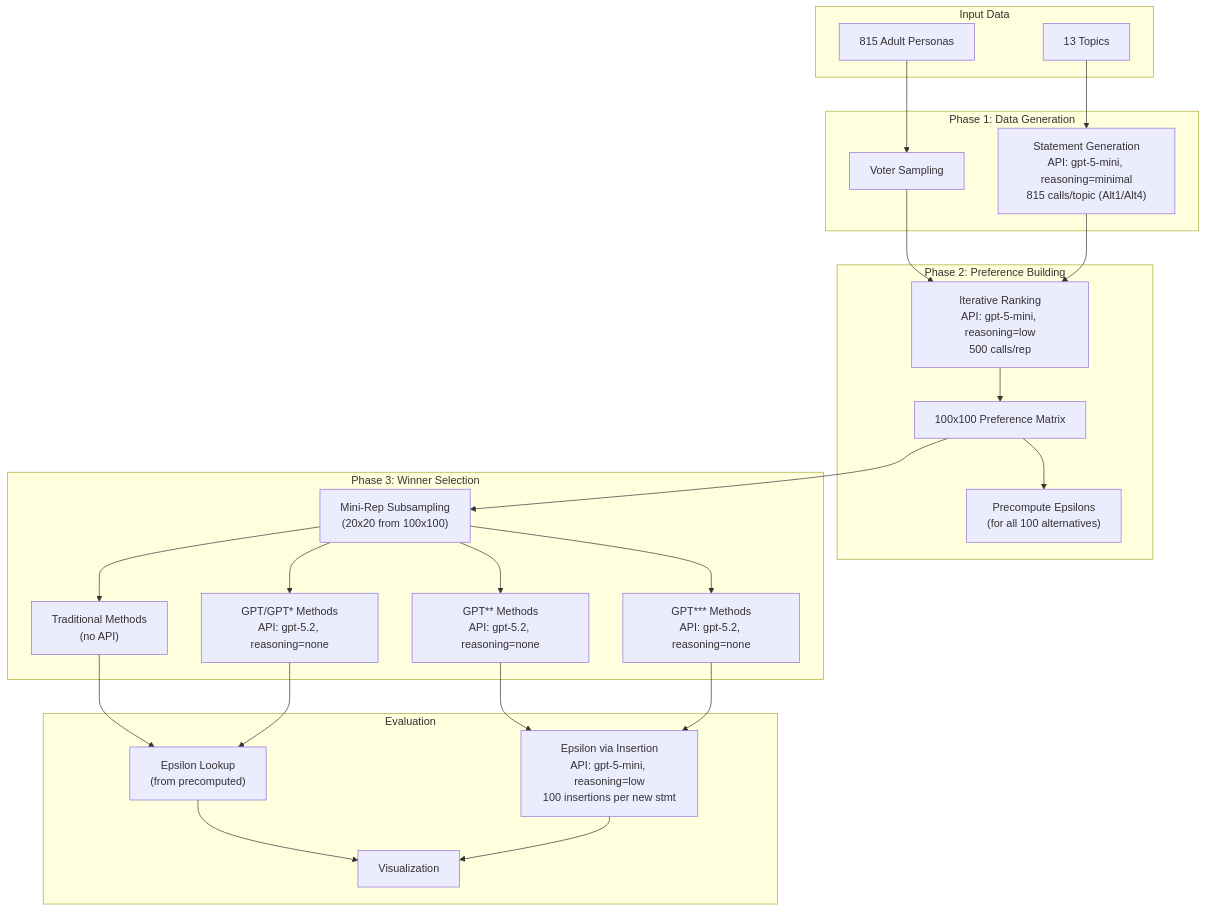
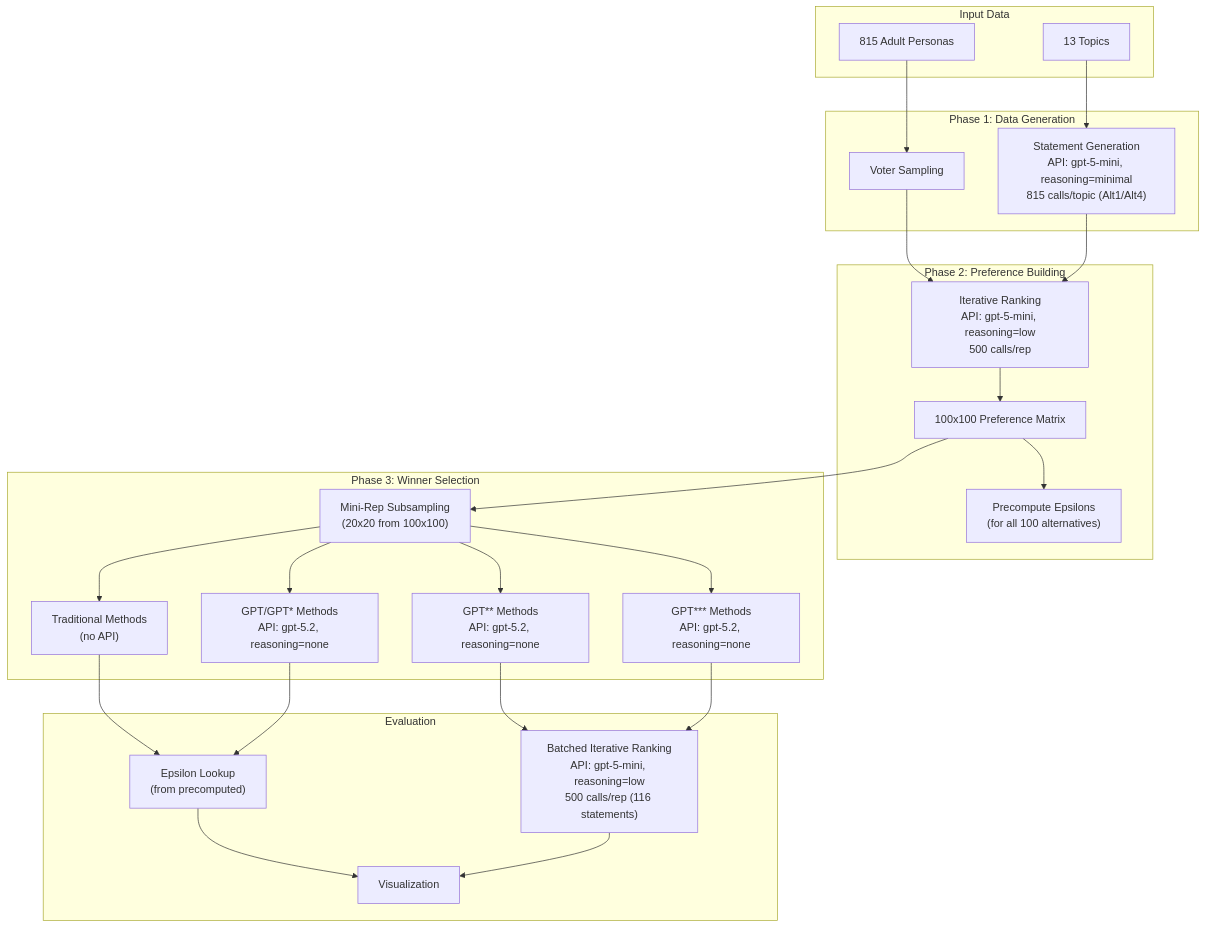
One commit to jeqcho/single-winner-generative-social-choice changed the first of 2 diagrams in README.md. Above: the diagram before and after it, drawn with Mermaid. The commit also changed other lines of this file and 500 other files, not shown here.

Commit message:
double triple star methods using iterative ranking

````diff
--- a/README.md
+++ b/README.md
@@ -46,50 +46,50 @@
 ```mermaid
 flowchart TD
     subgraph inputs [Input Data]
         P[815 Adult Personas]
         T[13 Topics]
     end
 
     subgraph phase1 [Phase 1: Data Generation]
         VS[Voter Sampling]
         SG["Statement Generation<br/>API: gpt-5-mini, reasoning=minimal<br/>815 calls/topic (Alt1/Alt4)"]
     end
 
     subgraph phase2 [Phase 2: Preference Building]
         PR["Iterative Ranking<br/>API: gpt-5-mini, reasoning=low<br/>500 calls/rep"]
         PM[100x100 Preference Matrix]
         PE["Precompute Epsilons<br/>(for all 100 alternatives)"]
     end
 
     subgraph phase3 [Phase 3: Winner Selection]
         MR["Mini-Rep Subsampling<br/>(20x20 from 100x100)"]
         TM["Traditional Methods<br/>(no API)"]
         GPT0["GPT/GPT* Methods<br/>API: gpt-5.2, reasoning=none"]
         GPT2["GPT** Methods<br/>API: gpt-5.2, reasoning=none"]
         GPT3["GPT*** Methods<br/>API: gpt-5.2, reasoning=none"]
     end
 
     subgraph metrics [Evaluation]
         EL["Epsilon Lookup<br/>(from precomputed)"]
-        EI["Epsilon via Insertion<br/>API: gpt-5-mini, reasoning=low<br/>100 insertions per new stmt"]
+        BI["Batched Iterative Ranking<br/>API: gpt-5-mini, reasoning=low<br/>500 calls/rep (116 statements)"]
         VIZ[Visualization]
     end
 
     P --> VS
     T --> SG
     VS --> PR
     SG --> PR
     PR --> PM
     PM --> PE
     PM --> MR
     MR --> TM
     MR --> GPT0
     MR --> GPT2
     MR --> GPT3
     TM --> EL
     GPT0 --> EL
-    GPT2 --> EI
-    GPT3 --> EI
+    GPT2 --> BI
+    GPT3 --> BI
     EL --> VIZ
-    EI --> VIZ
+    BI --> VIZ
 ```
````
